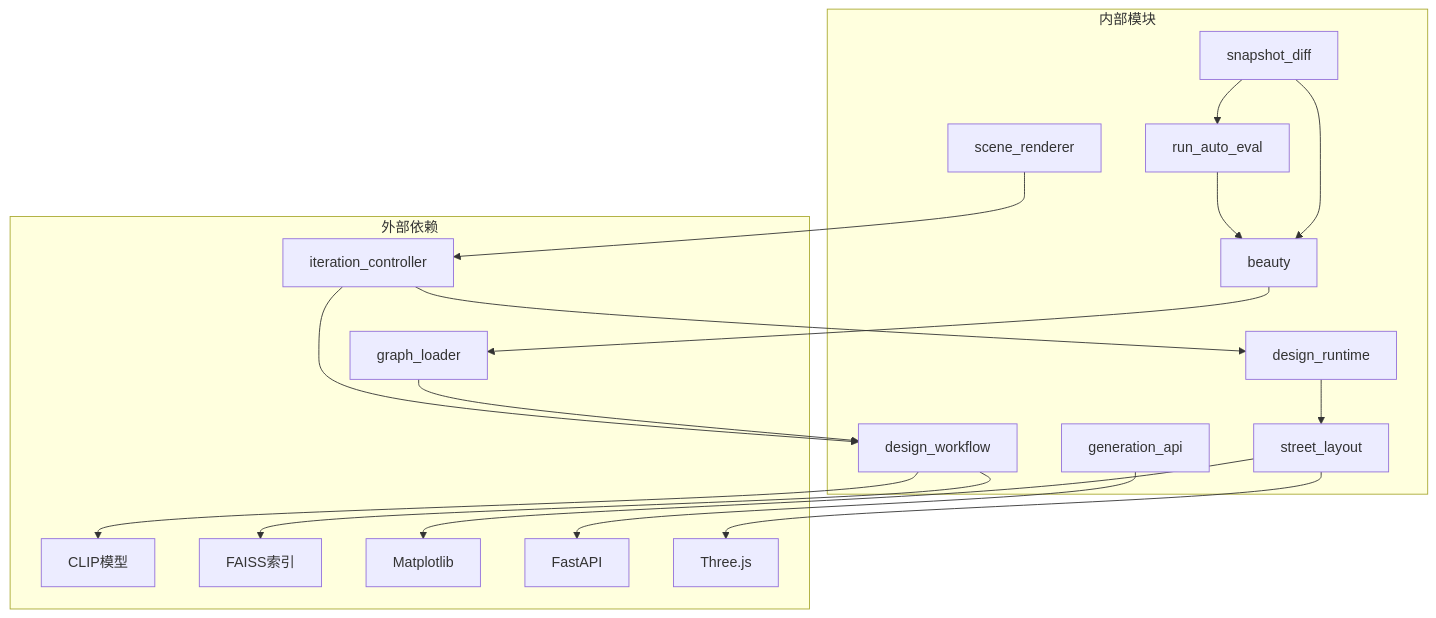
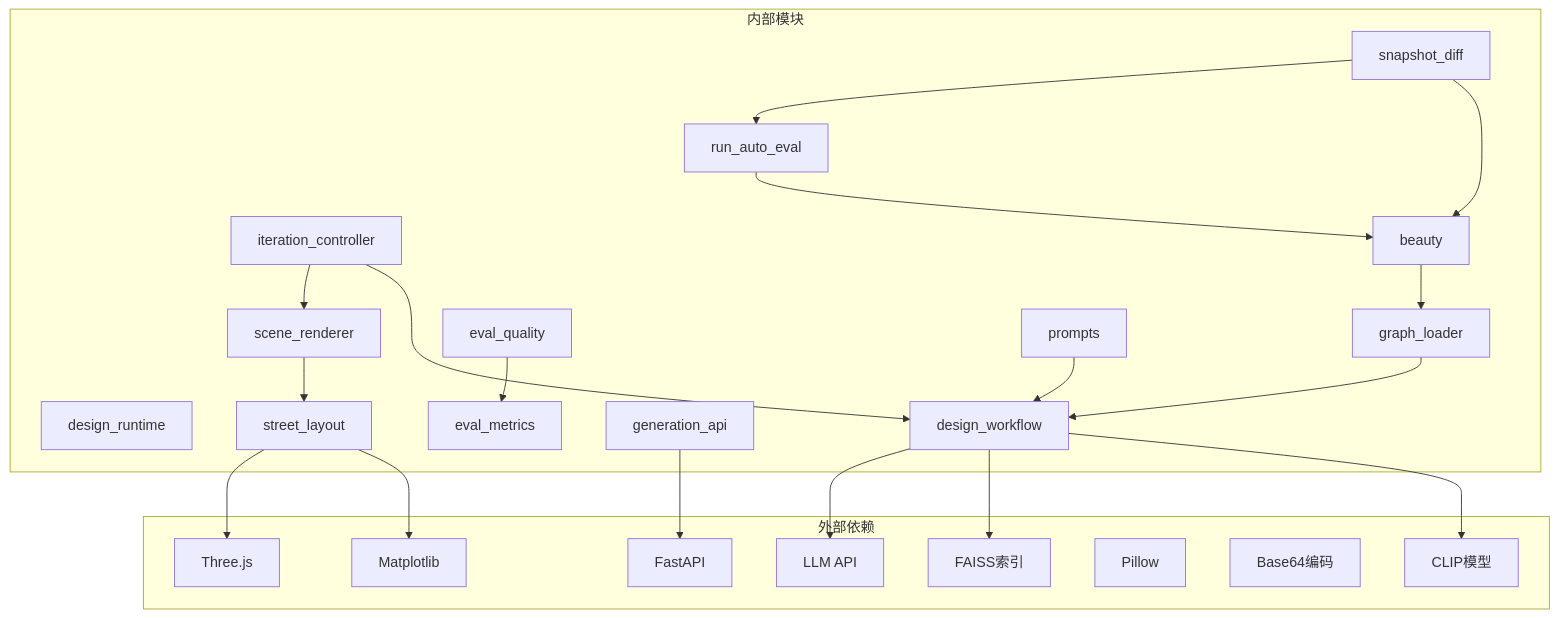
Before and after one commit to wsqstar/RoadGen3D: diagram 17 of 17 in .qoder/repowiki/zh/content/里程碑管道/自动场景生成流水线/自动场景生成流水线.md, drawn with Mermaid. The commit also changed other lines of this file and 12 other files, not shown here.

````diff
--- a/.qoder/repowiki/zh/content/里程碑管道/自动场景生成流水线/自动场景生成流水线.md
+++ b/.qoder/repowiki/zh/content/里程碑管道/自动场景生成流水线/自动场景生成流水线.md
@@ -415,38 +593,44 @@
 ```mermaid
 graph TB
 subgraph "外部依赖"
 A[CLIP模型]
 B[FAISS索引]
 C[Matplotlib]
 D[FastAPI]
 E[Three.js]
 F[Pillow]
 G[Base64编码]
+H[LLM API]
 end
 subgraph "内部模块"
-F[graph_loader]
-G[iteration_controller]
-H[scene_renderer]
-I[design_runtime]
-J[design_workflow]
-K[street_layout]
-L[generation_api]
-M[beauty]
-N[snapshot_diff]
-O[run_auto_eval]
+I[graph_loader]
+J[iteration_controller]
+K[scene_renderer]
+L[design_runtime]
+M[design_workflow]
+N[street_layout]
+O[generation_api]
+P[beauty]
+Q[eval_quality]
+R[eval_metrics]
+S[snapshot_diff]
+T[run_auto_eval]
+U[prompts]
 end
-F --> J
-G --> J
-G --> I
-H --> G
-I --> K
-J --> A
-J --> B
-L --> D
-K --> C
-K --> E
-M --> F
-N --> M
-N --> O
-O --> M
+I --> M
+J --> M
+J --> K
+K --> N
+M --> A
+M --> B
+M --> H
+O --> D
+N --> C
+N --> E
+P --> I
+Q --> R
+S --> P
+S --> T
+T --> P
+U --> M
 ```
````
